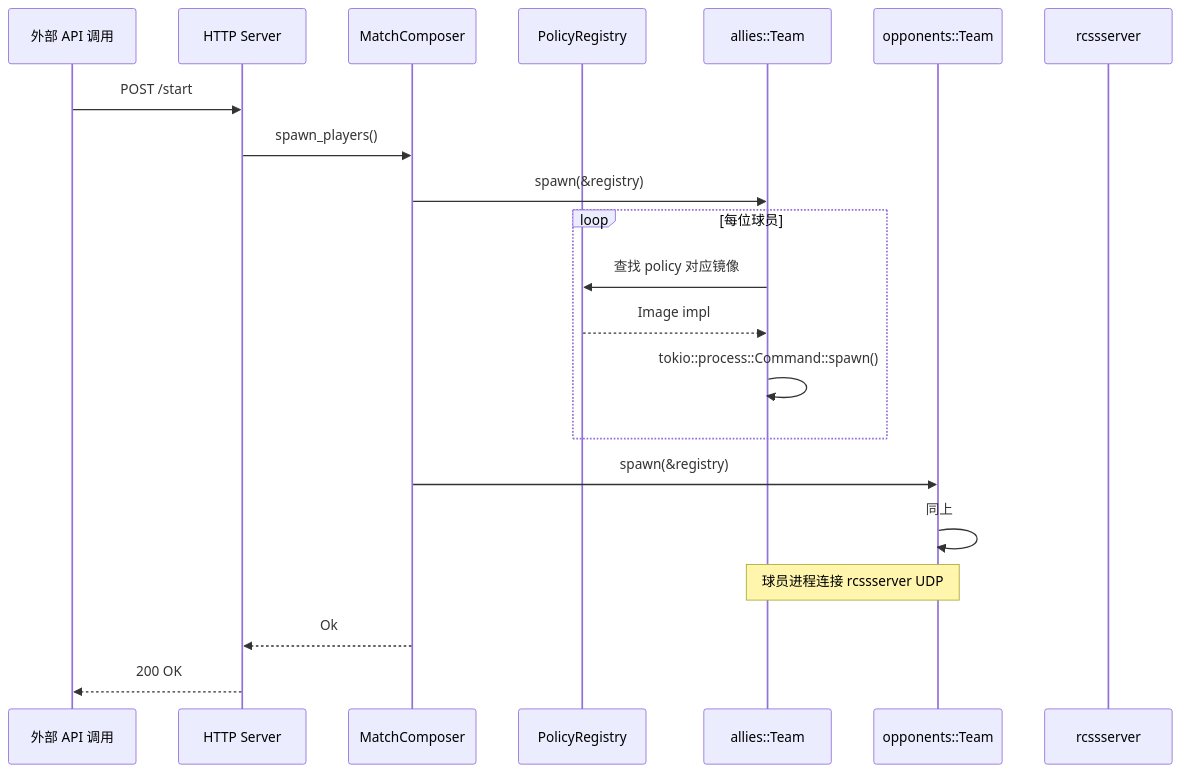
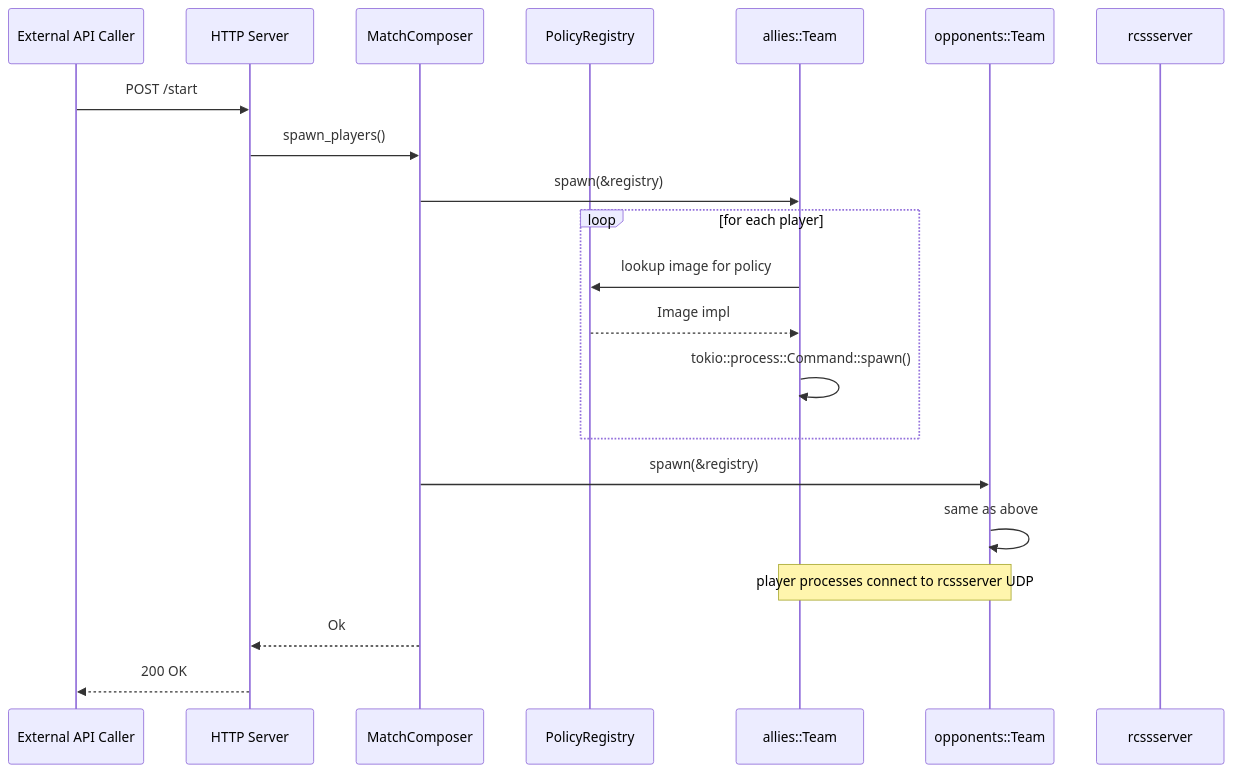
Before and after one commit to NN-4H0U/cluster: diagram 18 of 20 in docs/REPORT.md, drawn with Mermaid. The commit also changed other lines of this file, not shown here.

Commit message:
fix: fix AppState lifecycle mermaid parse error and translate all diagrams to English

````diff
--- a/docs/REPORT.md
+++ b/docs/REPORT.md
@@ -445,24 +445,24 @@
 ```mermaid
 sequenceDiagram
-    participant Client as 外部 API 调用
+    participant Client as External API Caller
     participant Srv as HTTP Server
     participant Comp as MatchComposer
     participant Reg as PolicyRegistry
     participant AT as allies::Team
     participant OT as opponents::Team
     participant RCSS as rcssserver
 
     Client->>Srv: POST /start
     Srv->>Comp: spawn_players()
     Comp->>AT: spawn(&registry)
-    loop 每位球员
-        AT->>Reg: 查找 policy 对应镜像
+    loop for each player
+        AT->>Reg: lookup image for policy
         Reg-->>AT: Image impl
         AT->>AT: tokio::process::Command::spawn()
     end
     Comp->>OT: spawn(&registry)
-    OT->>OT: 同上
-    Note over AT,OT: 球员进程连接 rcssserver UDP
+    OT->>OT: same as above
+    Note over AT,OT: player processes connect to rcssserver UDP
     Comp-->>Srv: Ok
     Srv-->>Client: 200 OK
 ```
````
